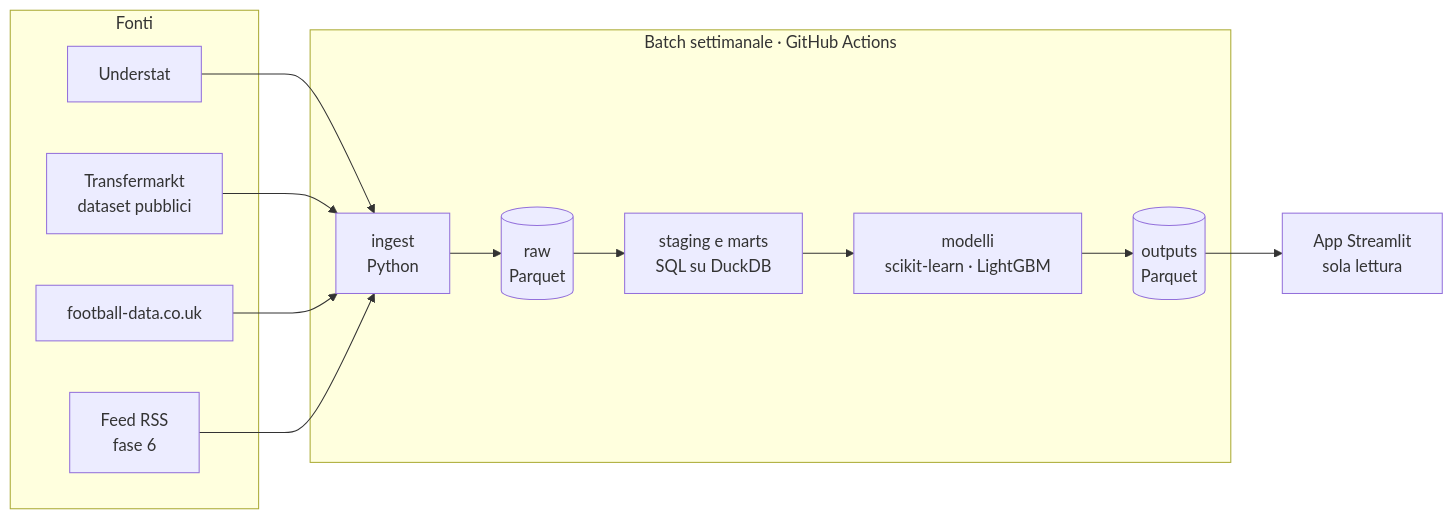
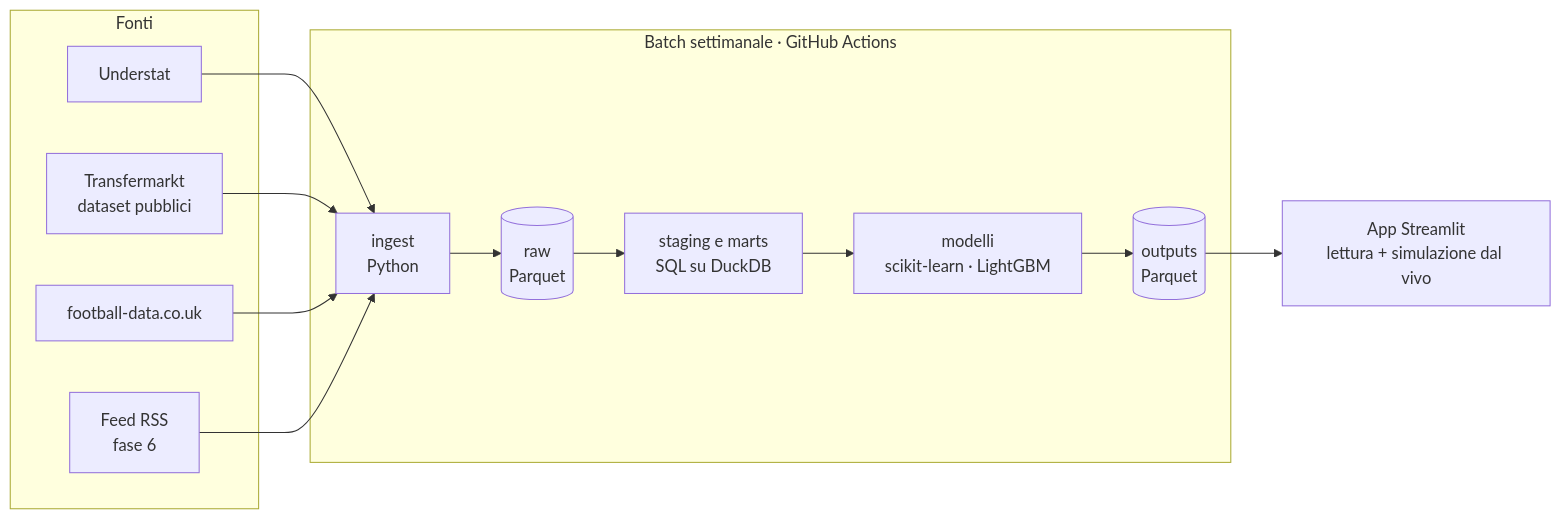
Before and after one commit to Vinavil334/xMercato: the diagram in docs/ARCHITETTURA.md, drawn with Mermaid. The commit also changed other lines of this file and 5 other files, not shown here.

First line of the commit message:
Record project decisions; README in Italian; two-milestone roadmap

````diff
--- a/docs/ARCHITETTURA.md
+++ b/docs/ARCHITETTURA.md
@@ -9,20 +12,20 @@
 ```mermaid
 flowchart LR
     subgraph Fonti
         U[Understat]
         T[Transfermarkt<br/>dataset pubblici]
         F[football-data.co.uk]
         N[Feed RSS<br/>fase 6]
     end
     subgraph Batch["Batch settimanale · GitHub Actions"]
         I[ingest<br/>Python] --> R[(raw<br/>Parquet)]
         R --> S[staging e marts<br/>SQL su DuckDB]
         S --> M[modelli<br/>scikit-learn · LightGBM]
         M --> O[(outputs<br/>Parquet)]
     end
     U --> I
     T --> I
     F --> I
     N --> I
-    O --> App[App Streamlit<br/>sola lettura]
+    O --> App[App Streamlit<br/>lettura + simulazione dal vivo]
 ```
````
